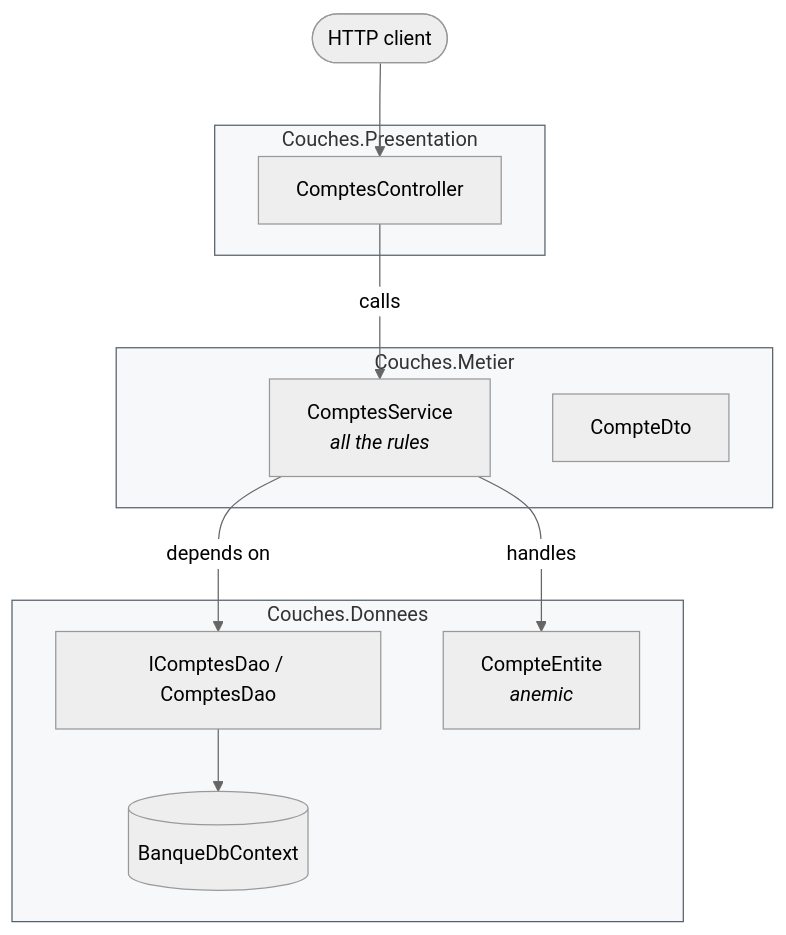
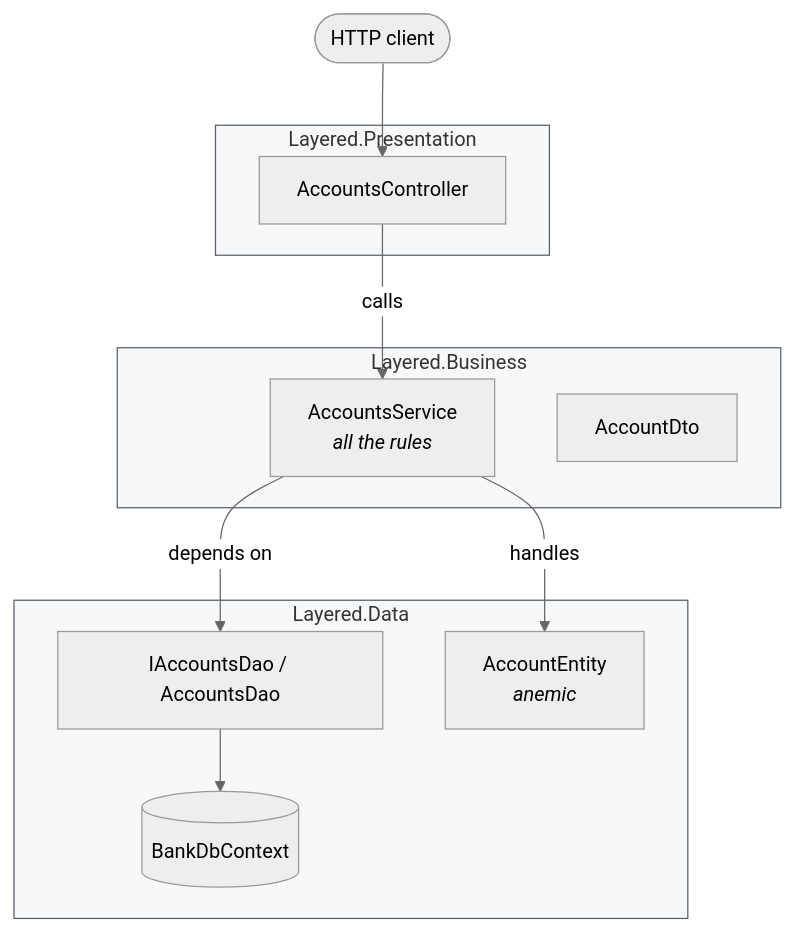
The first of 3 diagrams in Docs/en/00-couches.md (drangoht/ArchitecturesDemo), drawn with Mermaid (neutral theme) before and after one commit. The commit also changed other lines of this file and 78 other files, not shown here.

First line of the commit message:
Docs EN : identifiants, liens, diagrammes et sorties alignés sur le code anglais

````diff
--- a/Docs/en/00-couches.md
+++ b/Docs/en/00-couches.md
@@ -19,24 +18,24 @@
 ```mermaid
 flowchart TB
     Client(["HTTP client"])
-    subgraph P["Couches.Presentation"]
-        CC["ComptesController"]
+    subgraph P["Layered.Presentation"]
+        CC["AccountsController"]
     end
-    subgraph M["Couches.Metier"]
-        CS["ComptesService<br/><i>all the rules</i>"]
-        DTO["CompteDto"]
+    subgraph M["Layered.Business"]
+        CS["AccountsService<br/><i>all the rules</i>"]
+        DTO["AccountDto"]
     end
-    subgraph D["Couches.Donnees"]
-        DAO["IComptesDao / ComptesDao"]
-        E["CompteEntite<br/><i>anemic</i>"]
-        DB[("BanqueDbContext")]
+    subgraph D["Layered.Data"]
+        DAO["IAccountsDao / AccountsDao"]
+        E["AccountEntity<br/><i>anemic</i>"]
+        DB[("BankDbContext")]
     end
     Client --> CC
     CC -->|"calls"| CS
     CS -->|"depends on"| DAO
     CS -->|"handles"| E
     DAO --> DB
 
     classDef couche fill:#f6f8fa,stroke:#57606a
     class P,M,D couche
 ```
````
